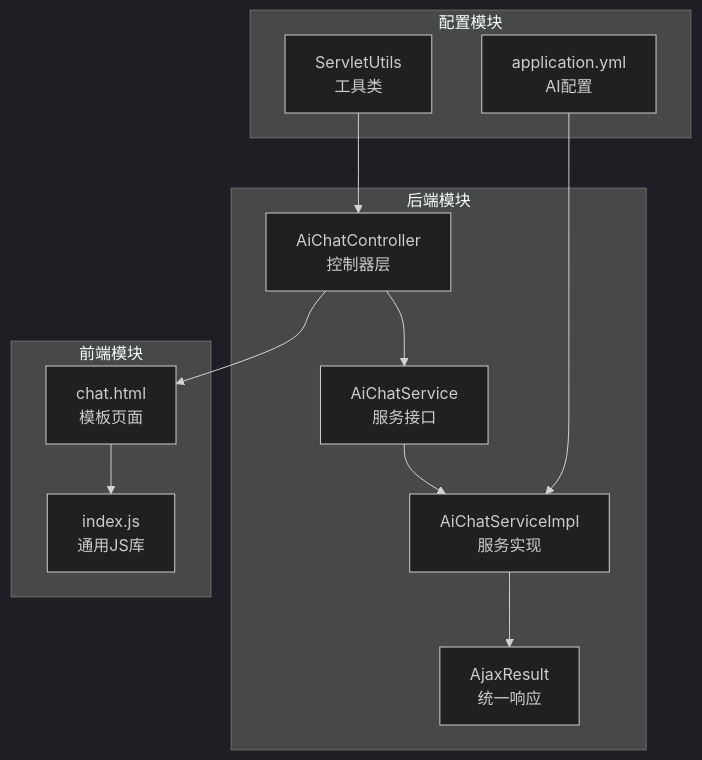
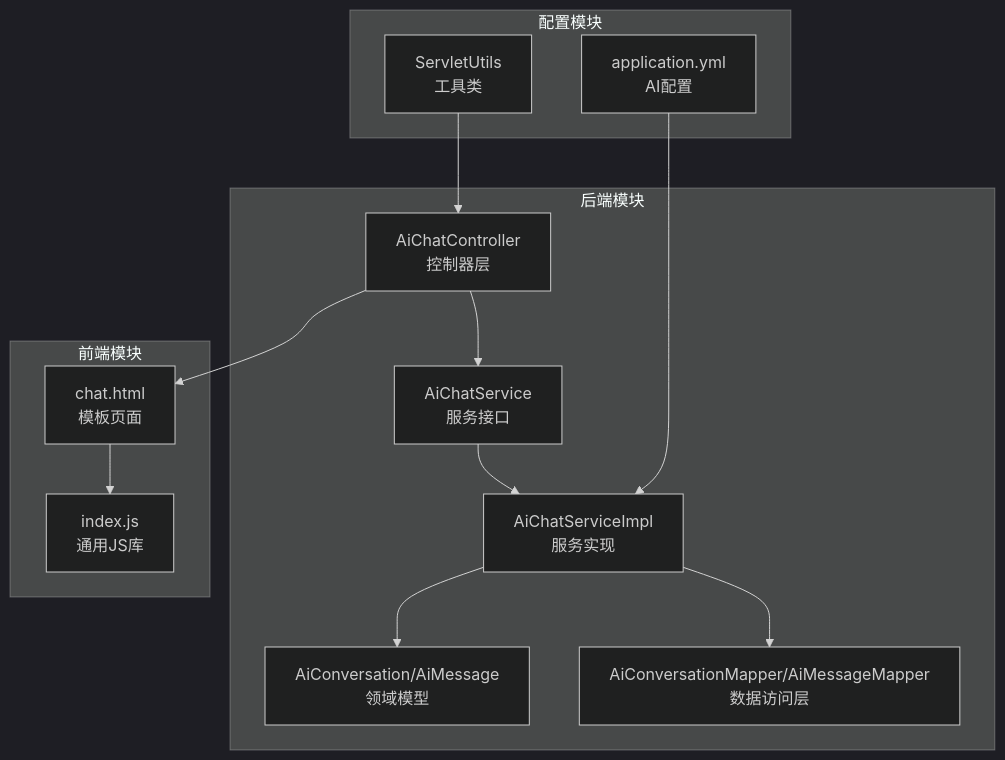
Before and after one commit to xionghao5/ruoyi-demo: the first of 17 diagrams in .qoder/repowiki/zh/content/AI智能问答模块.md, drawn with Mermaid (dark theme). The commit also changed other lines of this file and 3 other files, not shown here.

````diff
--- a/.qoder/repowiki/zh/content/AI智能问答模块.md
+++ b/.qoder/repowiki/zh/content/AI智能问答模块.md
@@ -35,24 +57,26 @@
 ```mermaid
 graph TB
 subgraph "后端模块"
 Controller[AiChatController<br/>控制器层]
 Service[AiChatService<br/>服务接口]
 Impl[AiChatServiceImpl<br/>服务实现]
-Domain[AjaxResult<br/>统一响应]
+Domain[AiConversation/AiMessage<br/>领域模型]
+Mapper[AiConversationMapper/AiMessageMapper<br/>数据访问层]
 end
 subgraph "前端模块"
 Template[chat.html<br/>模板页面]
 JS[index.js<br/>通用JS库]
 end
 subgraph "配置模块"
 Config[application.yml<br/>AI配置]
 Utils[ServletUtils<br/>工具类]
 end
 Controller --> Service
 Service --> Impl
 Impl --> Domain
+Impl --> Mapper
 Template --> JS
 Controller --> Template
 Config --> Impl
 Utils --> Controller
 ```
````
